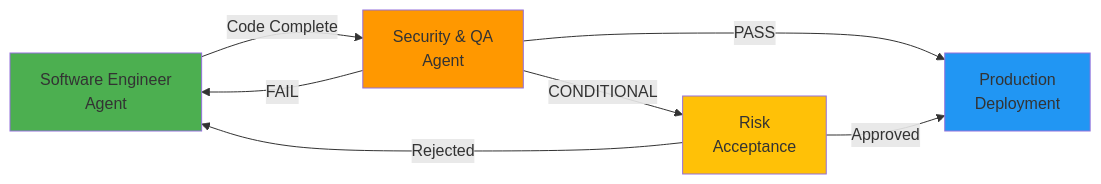
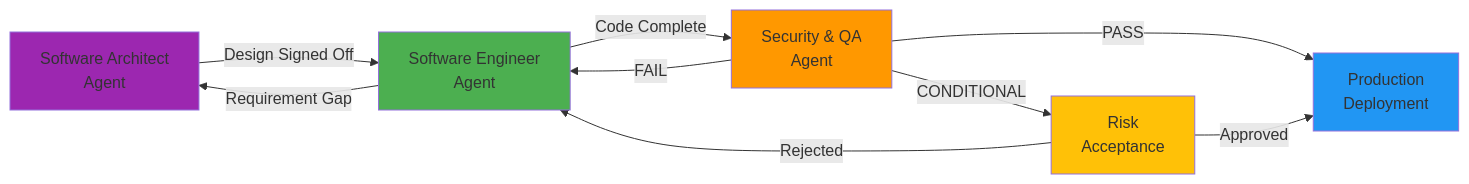
One commit to raandree/CopilotAtelier changed the diagram in Agents/README.md. Above: the diagram before and after it, drawn with Mermaid. The commit also changed other lines of this file and 10 other files, not shown here.

First line of the commit message:
feat(agents): add software-architect Custom agent for the pre-code phase

````diff
--- a/Agents/README.md
+++ b/Agents/README.md
@@ -265,14 +303,17 @@
 ```mermaid
 flowchart LR
-    Dev[Software Engineer<br/>Agent] -->|Code Complete| QA[Security & QA<br/>Agent]
+    Arch[Software Architect<br/>Agent] -->|Design Signed Off| Dev[Software Engineer<br/>Agent]
+    Dev -->|Requirement Gap| Arch
+    Dev -->|Code Complete| QA[Security & QA<br/>Agent]
     QA -->|PASS| Prod[Production<br/>Deployment]
     QA -->|FAIL| Dev
     QA -->|CONDITIONAL| Risk[Risk<br/>Acceptance]
     Risk -->|Approved| Prod
     Risk -->|Rejected| Dev
-    
+
+    style Arch fill:#9C27B0
     style Dev fill:#4CAF50
     style QA fill:#FF9800
     style Prod fill:#2196F3
     style Risk fill:#FFC107
 ```
````
